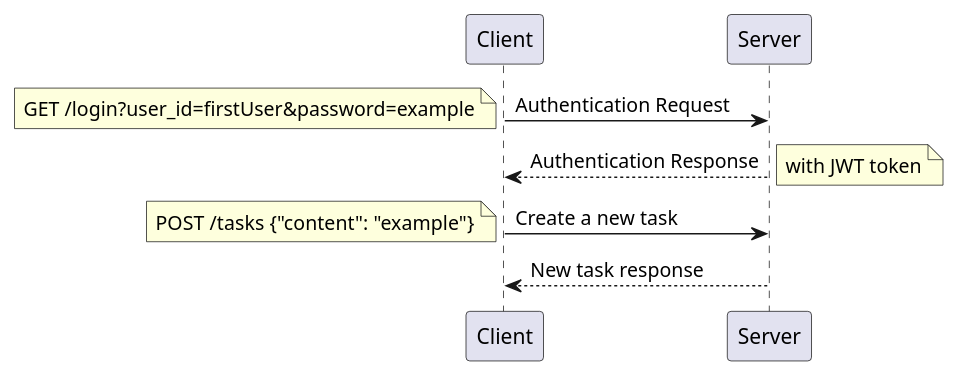
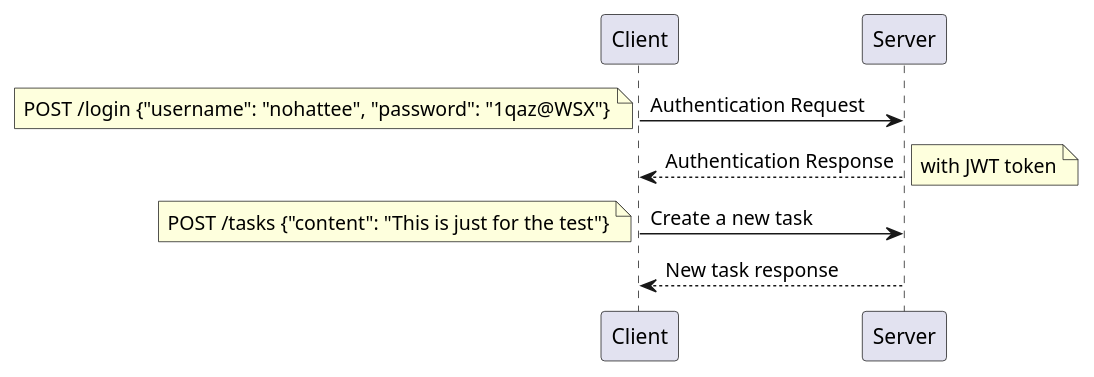
One commit to manabie-com/togo changed the diagram in docs/sequence.plantuml. Above: the diagram before and after it, drawn with PlantUML. The commit also changed 13 other files, not shown here.

```diff
--- a/docs/sequence.plantuml
+++ b/docs/sequence.plantuml
@@ -1,10 +1,10 @@
 @startuml
 Client -> Server: Authentication Request
-note left: GET /login?user_id=firstUser&password=example
+note left: POST /login {"username": "nohattee", "password": "1qaz@WSX"}
 Client <-- Server: Authentication Response
 note right: with JWT token
 
 Client -> Server: Create a new task
-note left: POST /tasks {"content": "example"}
+note left: POST /tasks {"content": "This is just for the test"}
 Client <-- Server : New task response
 @enduml
```
